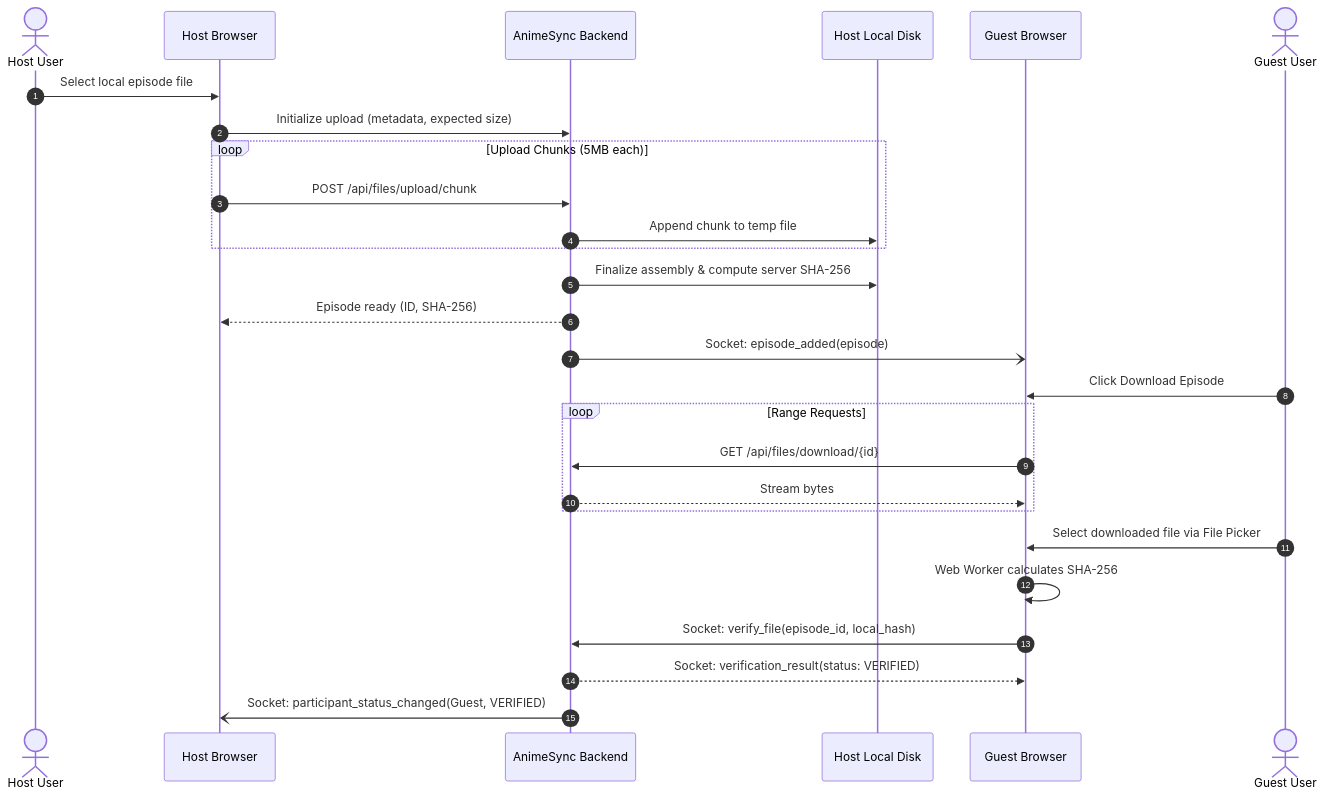
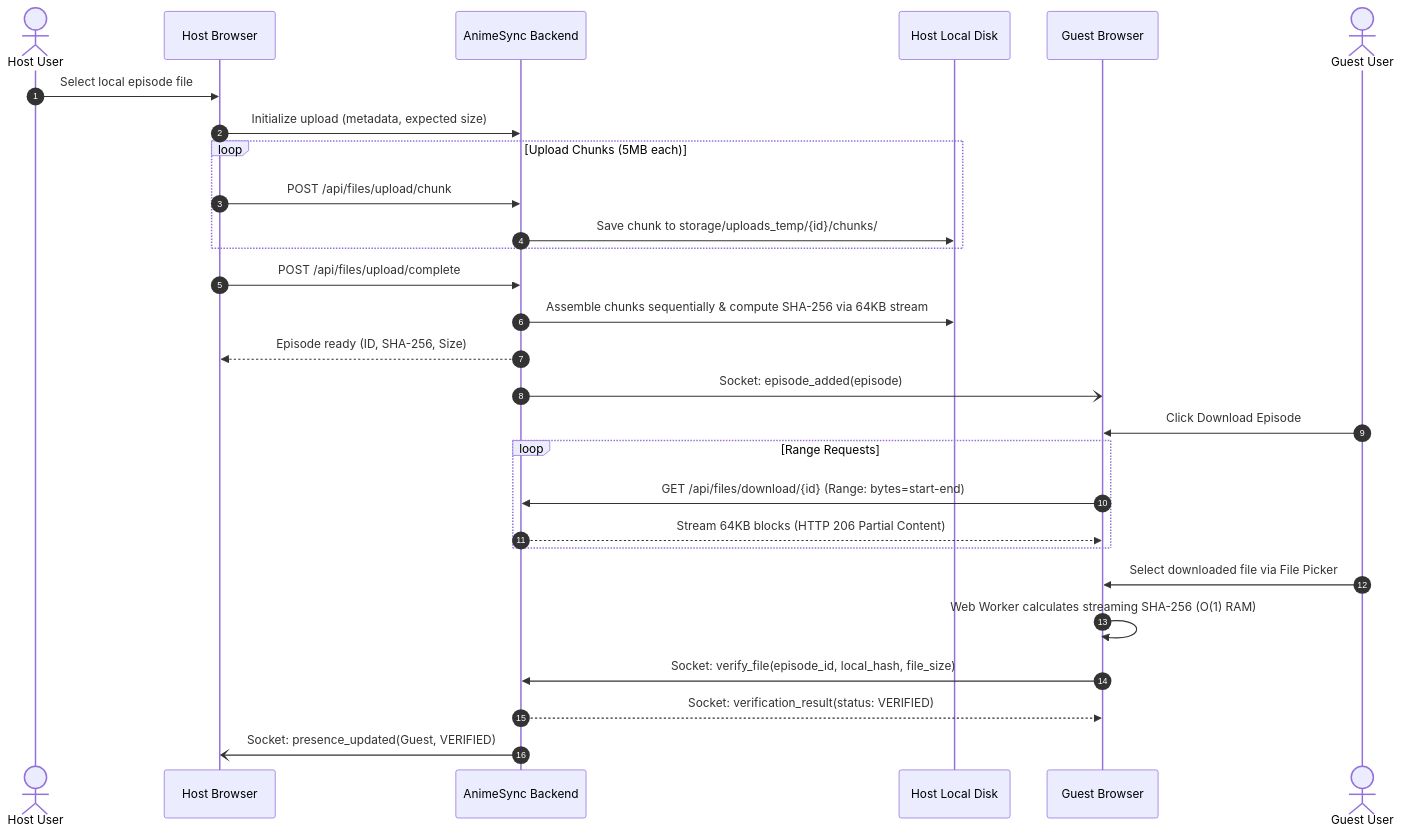
One commit to rohansamanta666/AnimeSync changed the second of 4 diagrams in docs/ARCHITECTURE.md. Above: the diagram before and after it, drawn with Mermaid. The commit also changed other lines of this file and 19 other files, not shown here.

Commit message:
feat(phase-3): implement chunked uploads, range downloads, and web worker sha256 verification

````diff
--- a/docs/ARCHITECTURE.md
+++ b/docs/ARCHITECTURE.md
@@ -57,31 +57,32 @@
 ```mermaid
 sequenceDiagram
     autonumber
     actor Host as Host User
     participant FrontendHost as Host Browser
     participant Server as AnimeSync Backend
     participant Storage as Host Local Disk
     participant FrontendGuest as Guest Browser
     actor Guest as Guest User
 
     Host->>FrontendHost: Select local episode file
     FrontendHost->>Server: Initialize upload (metadata, expected size)
     loop Upload Chunks (5MB each)
         FrontendHost->>Server: POST /api/files/upload/chunk
-        Server->>Storage: Append chunk to temp file
+        Server->>Storage: Save chunk to storage/uploads_temp/{id}/chunks/
     end
-    Server->>Storage: Finalize assembly & compute server SHA-256
-    Server-->>FrontendHost: Episode ready (ID, SHA-256)
+    FrontendHost->>Server: POST /api/files/upload/complete
+    Server->>Storage: Assemble chunks sequentially & compute SHA-256 via 64KB stream
+    Server-->>FrontendHost: Episode ready (ID, SHA-256, Size)
     Server-)FrontendGuest: Socket: episode_added(episode)
 
     Guest->>FrontendGuest: Click Download Episode
     loop Range Requests
-        FrontendGuest->>Server: GET /api/files/download/{id}
-        Server-->>FrontendGuest: Stream bytes
+        FrontendGuest->>Server: GET /api/files/download/{id} (Range: bytes=start-end)
+        Server-->>FrontendGuest: Stream 64KB blocks (HTTP 206 Partial Content)
     end
     Guest->>FrontendGuest: Select downloaded file via File Picker
-    FrontendGuest->>FrontendGuest: Web Worker calculates SHA-256
-    FrontendGuest->>Server: Socket: verify_file(episode_id, local_hash)
+    FrontendGuest->>FrontendGuest: Web Worker calculates streaming SHA-256 (O(1) RAM)
+    FrontendGuest->>Server: Socket: verify_file(episode_id, local_hash, file_size)
     Server-->>FrontendGuest: Socket: verification_result(status: VERIFIED)
-    Server-)FrontendHost: Socket: participant_status_changed(Guest, VERIFIED)
+    Server-)FrontendHost: Socket: presence_updated(Guest, VERIFIED)
 ```
````
